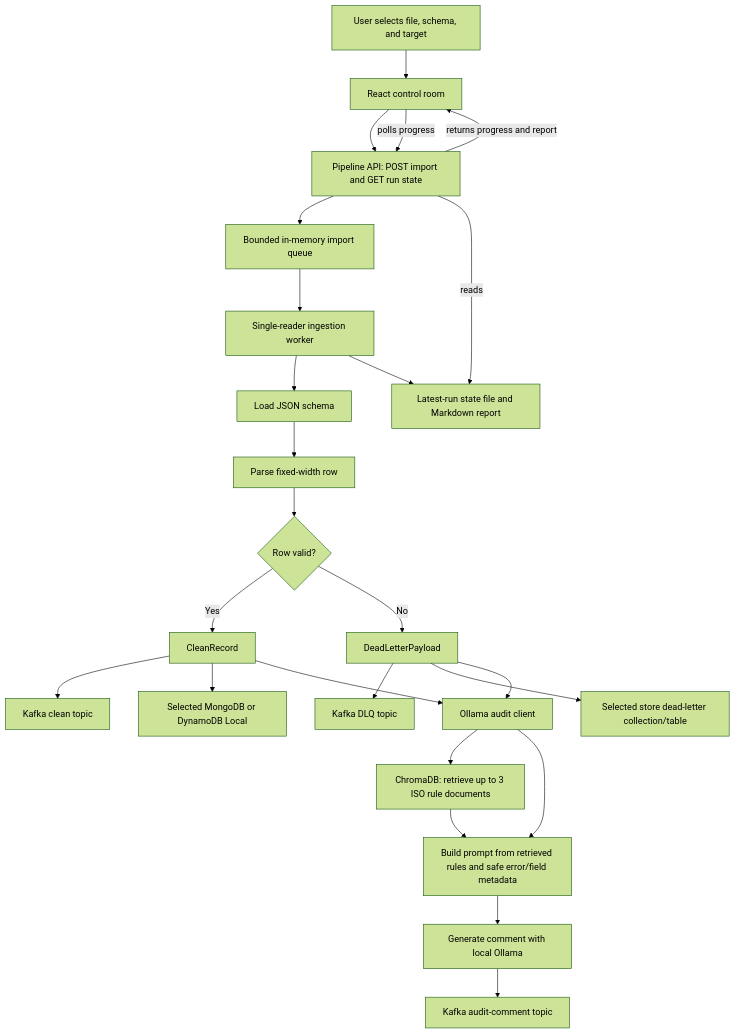
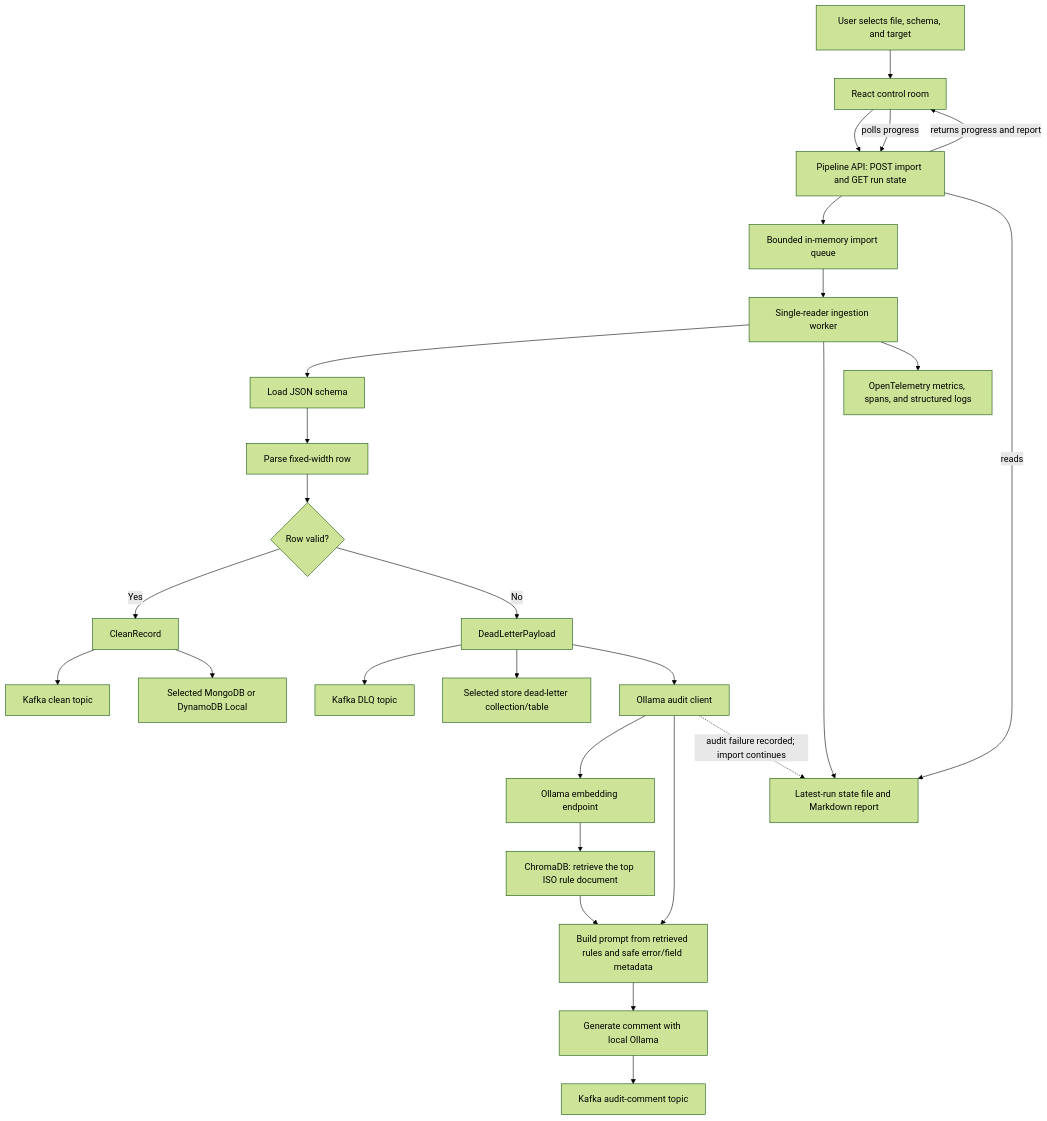
The second of 7 diagrams in docs/ARCHITECTURE.md (maxzhdanov/data-agent), drawn with Mermaid (forest theme) before and after one commit. The commit also changed other lines of this file and 23 other files, not shown here.

First line of the commit message:
Improve local AI audit flow and Aspire observability

````diff
--- a/docs/ARCHITECTURE.md
+++ b/docs/ARCHITECTURE.md
@@ -58,42 +66,46 @@
 ```mermaid
 flowchart TD
     User[User selects file, schema, and target]
     UI[React control room]
     API[Pipeline API: POST import and GET run state]
     Queue[Bounded in-memory import queue]
     Worker[Single-reader ingestion worker]
     Schema[Load JSON schema]
     Parse[Parse fixed-width row]
     Validate{Row valid?}
     Clean[CleanRecord]
     Reject[DeadLetterPayload]
     KafkaClean[Kafka clean topic]
     KafkaDLQ[Kafka DLQ topic]
     PersistClean[Selected MongoDB or DynamoDB Local]
     PersistDLQ[Selected store dead-letter collection/table]
     AuditClient[Ollama audit client]
-    Chroma[ChromaDB: retrieve up to 3 ISO rule documents]
+    Embedder[Ollama embedding endpoint]
+    Chroma[ChromaDB: retrieve the top ISO rule document]
     Prompt[Build prompt from retrieved rules and safe error/field metadata]
     Ollama[Generate comment with local Ollama]
     AuditTopic[Kafka audit-comment topic]
     State[Latest-run state file and Markdown report]
+    Telemetry[OpenTelemetry metrics, spans, and structured logs]
 
     User --> UI --> API --> Queue --> Worker --> Schema --> Parse --> Validate
     Validate -->|Yes| Clean
     Validate -->|No| Reject
     Clean --> KafkaClean
     Clean --> PersistClean
     Reject --> KafkaDLQ
     Reject --> PersistDLQ
-    Clean --> AuditClient
     Reject --> AuditClient
-    AuditClient --> Chroma
+    AuditClient --> Embedder
+    Embedder --> Chroma
     Chroma --> Prompt
     AuditClient --> Prompt
     Prompt --> Ollama
     Ollama --> AuditTopic
+    AuditClient -. audit failure recorded; import continues .-> State
     Worker --> State
+    Worker --> Telemetry
     UI -->|polls progress| API
     API -->|reads| State
     API -->|returns progress and report| UI
 ```
````
